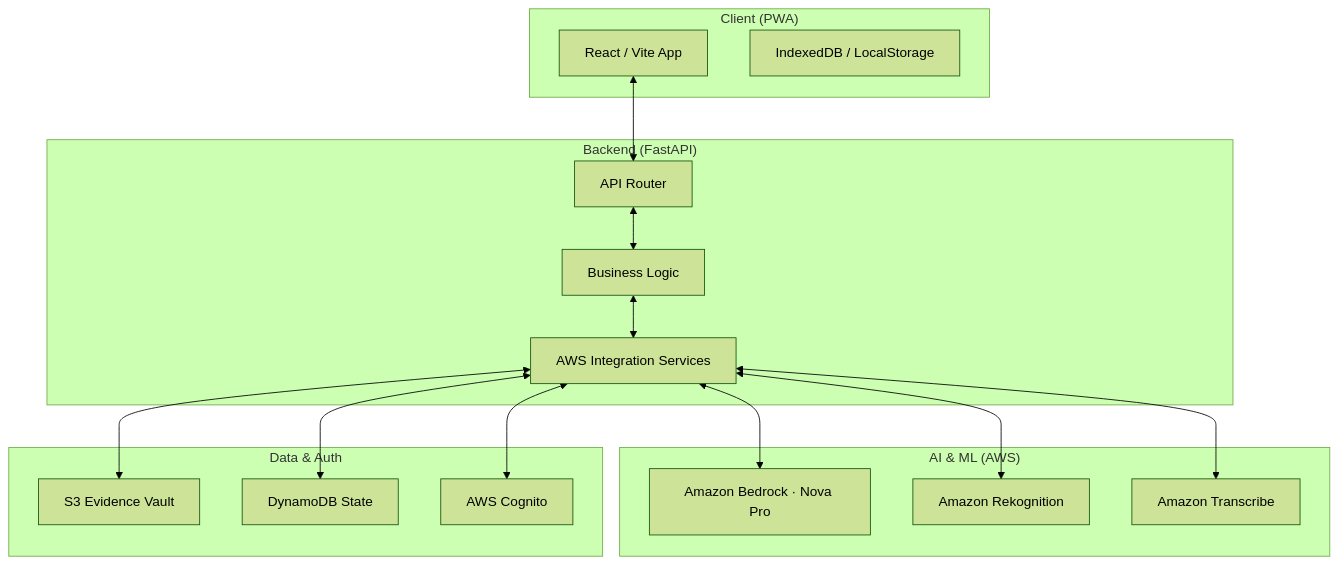
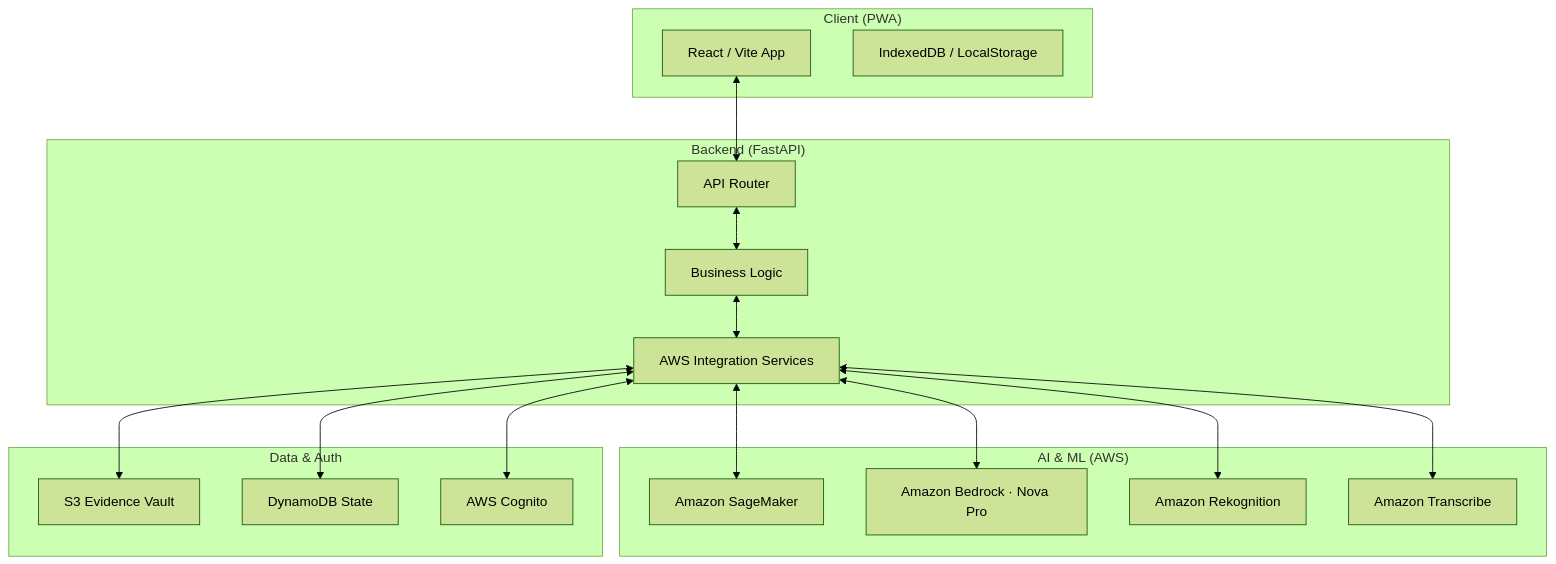
Before and after one commit to Vedant-Baldwa/sewa_sahayak: the diagram in README.md, drawn with Mermaid (forest theme). The commit also changed other lines of this file, not shown here.

First line of the commit message:
Update README with SageMaker and deployment details

````diff
--- a/README.md
+++ b/README.md
@@ -162,30 +164,31 @@
 ```mermaid
 graph TB
     subgraph "Client (PWA)"
         UI[React / Vite App]
         STORAGE[IndexedDB / LocalStorage]
     end
 
     subgraph "Backend (FastAPI)"
         API[API Router]
         CORE[Business Logic]
         SVC[AWS Integration Services]
     end
 
     subgraph "AI & ML (AWS)"
+        SAGEMAKER[Amazon SageMaker]
         BEDROCK[Amazon Bedrock · Nova Pro]
         REKOGNITION[Amazon Rekognition]
         TRANSCRIBE[Amazon Transcribe]
     end
 
     subgraph "Data & Auth"
         S3[S3 Evidence Vault]
         DYNAMO[DynamoDB State]
         AUTH[AWS Cognito]
     end
 
     UI <--> API
     API <--> CORE <--> SVC
-    SVC <--> BEDROCK & REKOGNITION & TRANSCRIBE
+    SVC <--> SAGEMAKER & BEDROCK & REKOGNITION & TRANSCRIBE
     SVC <--> S3 & DYNAMO & AUTH
 ```
````
